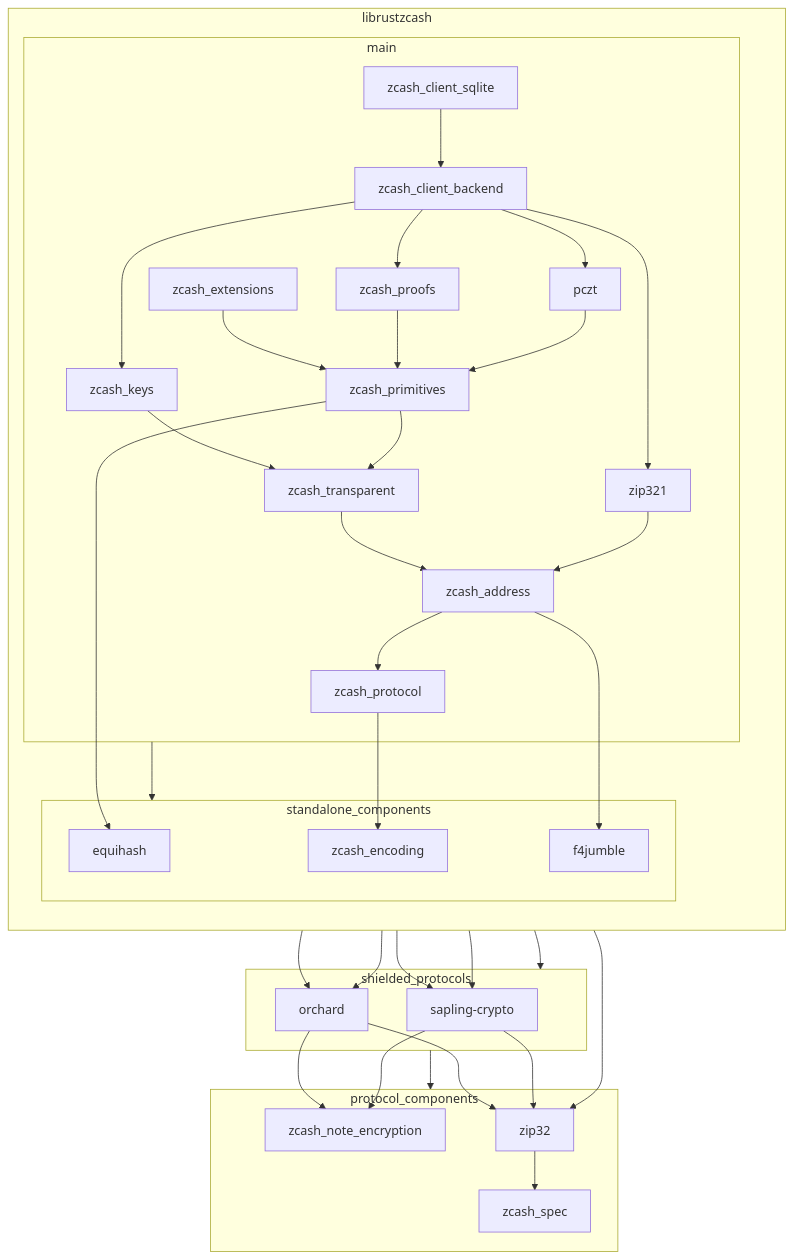
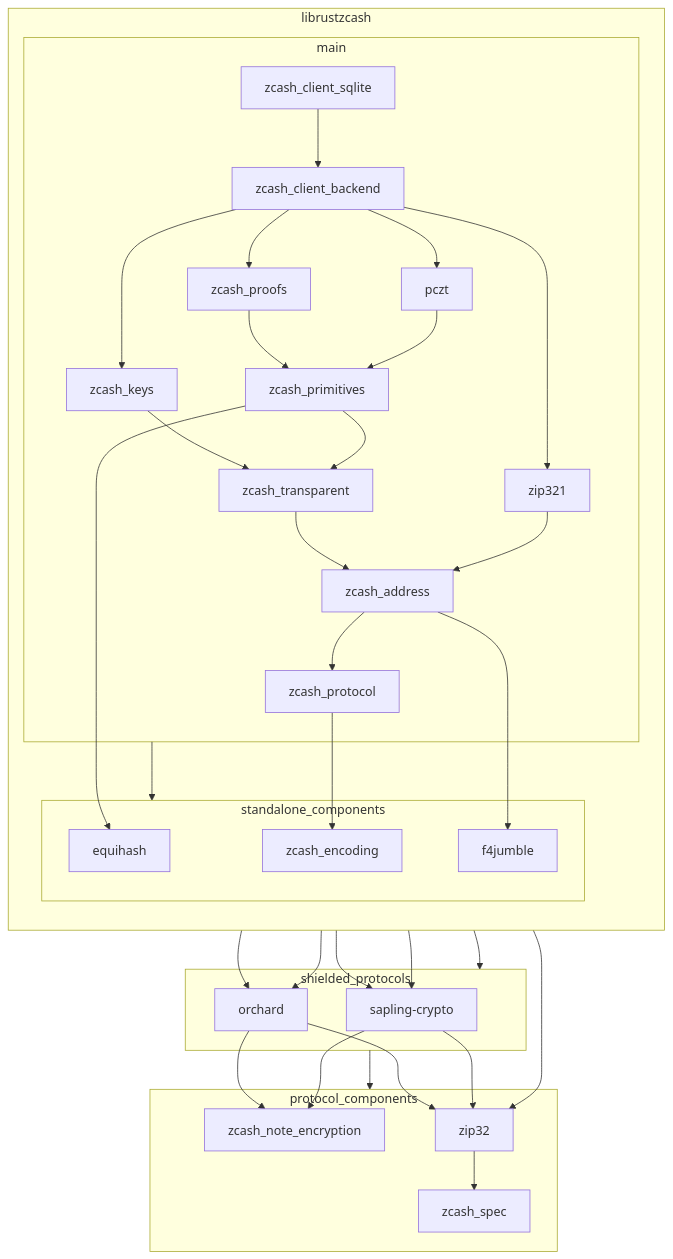
The diagram in README.md (zcash/librustzcash), drawn with Mermaid before and after one commit. The commit also changed 49 other files, not shown here.

```diff
--- a/README.md
+++ b/README.md
@@ -26,7 +26,6 @@
             zcash_primitives
             zcash_transparent
             zcash_proofs
-            zcash_extensions
             zcash_protocol
             pczt
             zcash_client_backend
@@ -65,7 +64,6 @@
 
     zcash_client_backend --> zcash_proofs
 
-    zcash_extensions --> zcash_primitives
     zcash_proofs --> zcash_primitives
     pczt --> zcash_primitives
     %% zcash_client_backend --> zcash_primitives
@@ -91,7 +89,6 @@
     %% zcash_primitives --> zcash_protocol
     %% zcash_client_backend --> zcash_protocol
     %% pczt --> zcash_protocol
-    %% zcash_extensions --> zcash_protocol
     zcash_address --> zcash_protocol
     %% zip321 --> zcash_protocol
 
@@ -151,7 +148,6 @@
     click zcash_encoding "https://docs.rs/zcash_encoding/" _blank
     click zcash_client_backend "https://docs.rs/zcash_client_backend/" _blank
     click zcash_client_sqlite "https://docs.rs/zcash_client_sqlite/" _blank
-    click zcash_extensions "https://docs.rs/zcash_extensions/" _blank
     click zcash_keys "https://docs.rs/zcash_keys/" _blank
     click zcash_note_encryption "https://docs.rs/zcash_note_encryption/" _blank
     click zcash_primitives "https://docs.rs/zcash_primitives/" _blank
```
